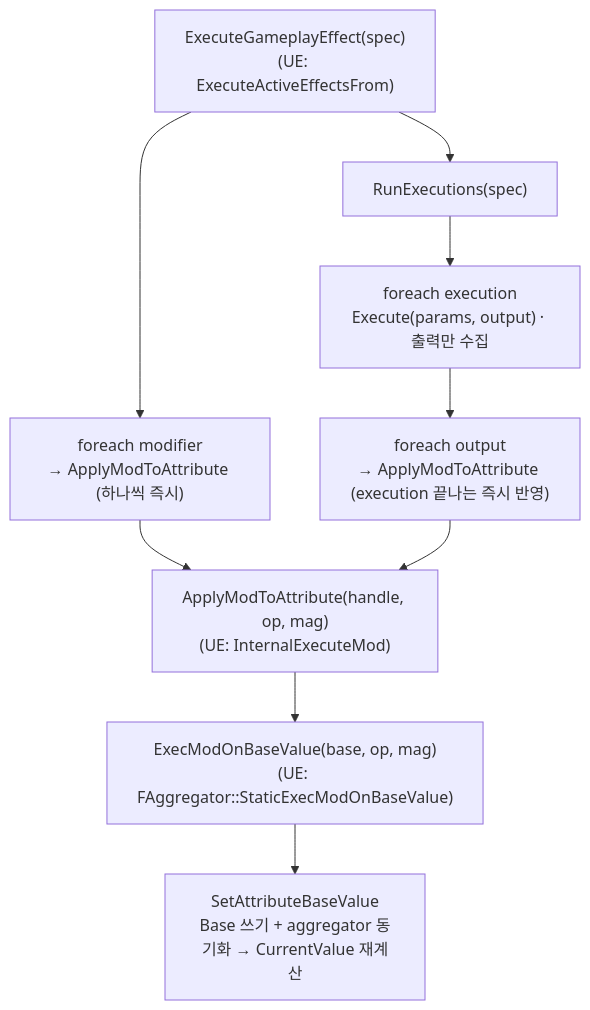
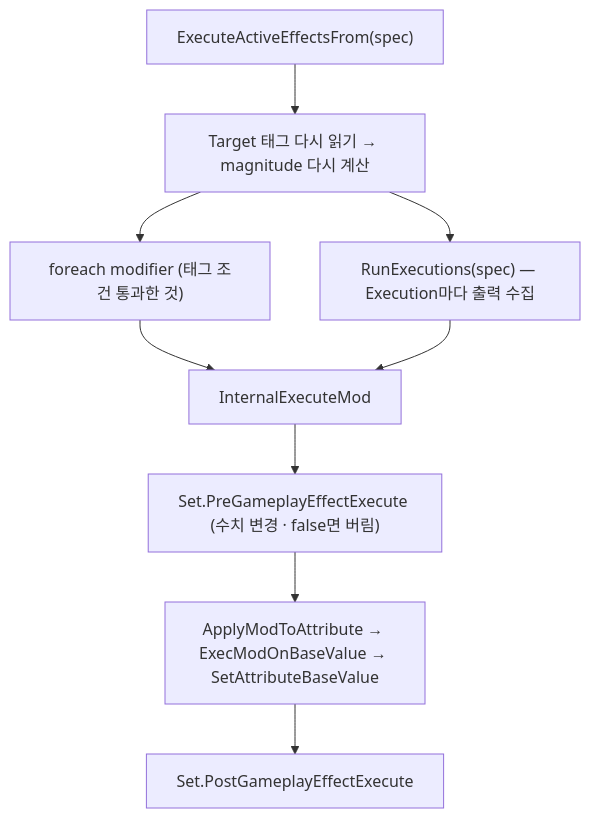
The second of 2 diagrams in dev-docs/project/architecture/ability-system/gameplay-effect.md (hanaaple/AbilitySystem-For-Unity), drawn with Mermaid before and after one commit. The commit also changed other lines of this file and 862 other files, not shown here.

````diff
--- a/dev-docs/project/architecture/ability-system/gameplay-effect.md
+++ b/dev-docs/project/architecture/ability-system/gameplay-effect.md
@@ -110,11 +96,11 @@
 ```mermaid
 flowchart TD
-    EX["ExecuteGameplayEffect(spec)<br/>(UE: ExecuteActiveEffectsFrom)"] --> M["foreach modifier<br/>→ ApplyModToAttribute (하나씩 즉시)"]
-    EX --> R["RunExecutions(spec)"]
-    R --> RE["foreach execution<br/>Execute(params, output) · 출력만 수집"]
-    RE --> RO["foreach output<br/>→ ApplyModToAttribute (execution 끝나는 즉시 반영)"]
-    M --> AM["ApplyModToAttribute(handle, op, mag)<br/>(UE: InternalExecuteMod)"]
-    RO --> AM
-    AM --> EB["ExecModOnBaseValue(base, op, mag)<br/>(UE: FAggregator::StaticExecModOnBaseValue)"]
-    EB --> SB["SetAttributeBaseValue<br/>Base 쓰기 + aggregator 동기화 → CurrentValue 재계산"]
+    EX["ExecuteActiveEffectsFrom(spec)"] --> T["Target 태그 다시 읽기 → magnitude 다시 계산"]
+    T --> M["foreach modifier (태그 조건 통과한 것)"]
+    T --> R["RunExecutions(spec) — Execution마다 출력 수집"]
+    M --> IM["InternalExecuteMod"]
+    R --> IM
+    IM --> PRE["Set.PreGameplayEffectExecute (수치 변경 · false면 버림)"]
+    PRE --> AM["ApplyModToAttribute → ExecModOnBaseValue → SetAttributeBaseValue"]
+    AM --> POST["Set.PostGameplayEffectExecute"]
 ```
````
